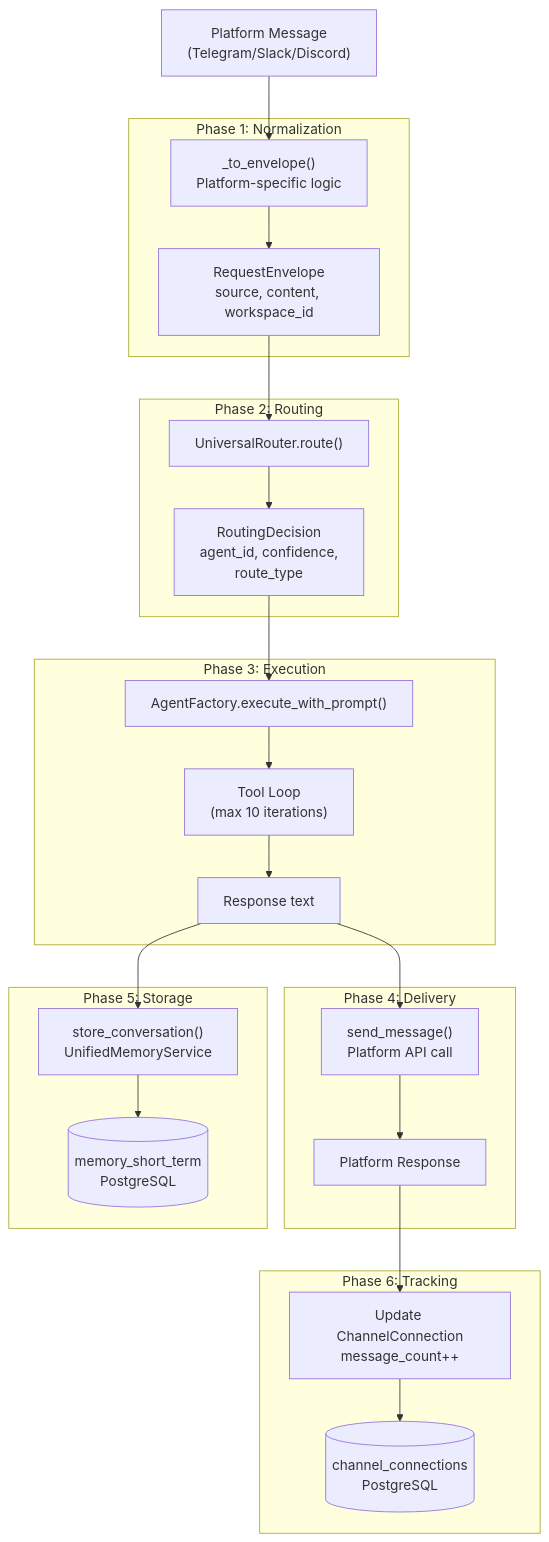
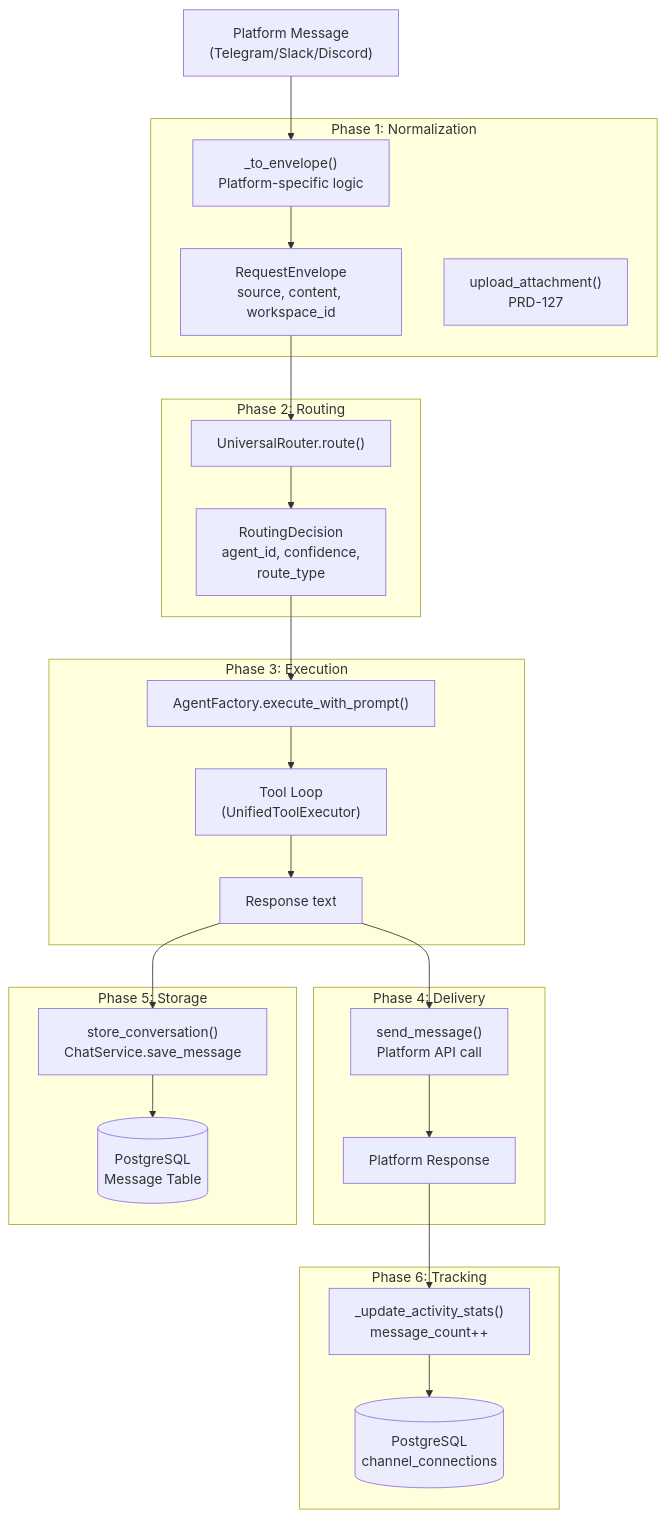
One commit to AutomatosAI/automatos-ai changed the first of 3 diagrams in docs/channel-integrations/message-pipeline.md. Above: the diagram before and after it, drawn with Mermaid. The commit also changed other lines of this file and 153 other files, not shown here.

````diff
--- a/docs/channel-integrations/message-pipeline.md
+++ b/docs/channel-integrations/message-pipeline.md
@@ -72,49 +46,50 @@
 ```mermaid
 graph TB
     PlatformMsg["Platform Message<br/>(Telegram/Slack/Discord)"]
     
     subgraph "Phase 1: Normalization"
         ToEnvelope["_to_envelope()<br/>Platform-specific logic"]
         Envelope["RequestEnvelope<br/>source, content, workspace_id"]
+        UploadAtt["upload_attachment()<br/>PRD-127"]
     end
     
     subgraph "Phase 2: Routing"
         Router["UniversalRouter.route()"]
         Decision["RoutingDecision<br/>agent_id, confidence,<br/>route_type"]
     end
     
     subgraph "Phase 3: Execution"
         Factory["AgentFactory.execute_with_prompt()"]
-        ToolLoop["Tool Loop<br/>(max 10 iterations)"]
+        ToolLoop["Tool Loop<br/>(UnifiedToolExecutor)"]
         Response["Response text"]
     end
     
     subgraph "Phase 4: Delivery"
         SendMsg["send_message()<br/>Platform API call"]
         PlatformResp["Platform Response"]
     end
     
     subgraph "Phase 5: Storage"
-        StoreConv["store_conversation()<br/>UnifiedMemoryService"]
-        MemDB[("memory_short_term<br/>PostgreSQL")]
+        StoreConv["store_conversation()<br/>ChatService.save_message"]
+        MemDB[("PostgreSQL<br/>Message Table")]
     end
     
     subgraph "Phase 6: Tracking"
-        UpdateStats["Update ChannelConnection<br/>message_count++"]
-        StatsDB[("channel_connections<br/>PostgreSQL")]
+        UpdateStats["_update_activity_stats()<br/>message_count++"]
+        StatsDB[("PostgreSQL<br/>channel_connections")]
     end
     
     PlatformMsg --> ToEnvelope
     ToEnvelope --> Envelope
     Envelope --> Router
     Router --> Decision
     Decision --> Factory
     Factory --> ToolLoop
     ToolLoop --> Response
     Response --> SendMsg
     SendMsg --> PlatformResp
     Response --> StoreConv
     StoreConv --> MemDB
     PlatformResp --> UpdateStats
     UpdateStats --> StatsDB
 ```
````
